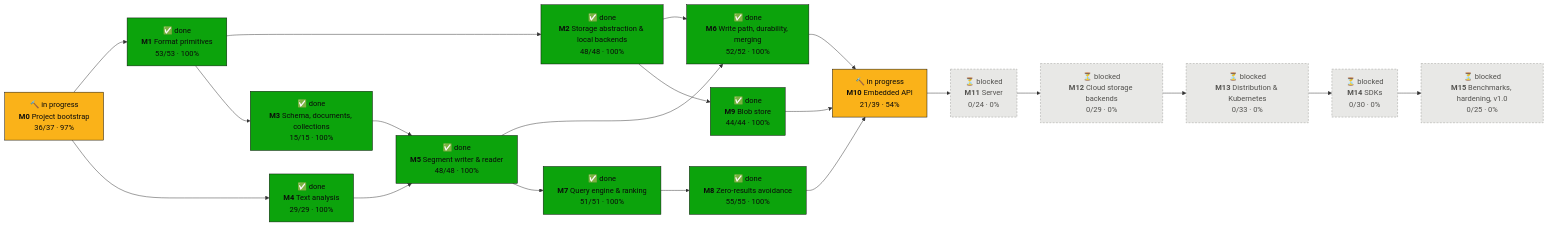
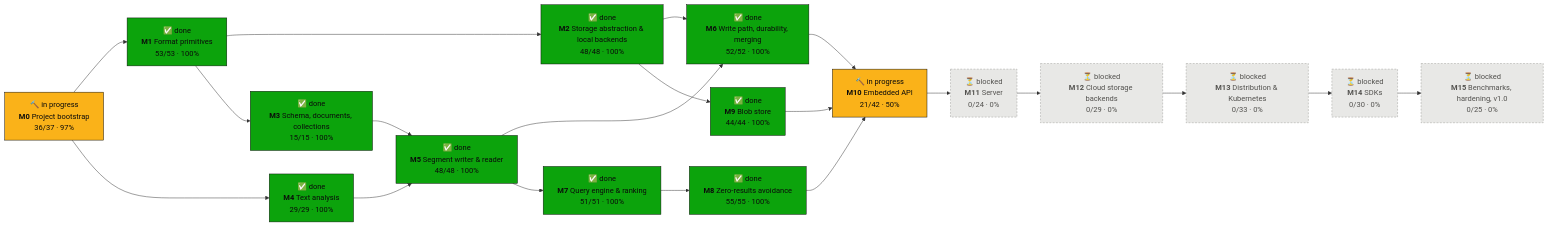
One commit to tomiok/persiaDB changed the first of 2 diagrams in PROGRESS.md. Above: the diagram before and after it, drawn with Mermaid. The commit also changed other lines of this file and 21 other files, not shown here.

````diff
--- a/PROGRESS.md
+++ b/PROGRESS.md
@@ -16,42 +16,42 @@
 ```mermaid
 flowchart LR
   M0["🔨 in progress<br/><b>M0</b> Project bootstrap<br/>36/37 · 97%"]:::doing
   M1["✅ done<br/><b>M1</b> Format primitives<br/>53/53 · 100%"]:::done
   M2["✅ done<br/><b>M2</b> Storage abstraction & local backends<br/>48/48 · 100%"]:::done
   M3["✅ done<br/><b>M3</b> Schema, documents, collections<br/>15/15 · 100%"]:::done
   M4["✅ done<br/><b>M4</b> Text analysis<br/>29/29 · 100%"]:::done
   M5["✅ done<br/><b>M5</b> Segment writer & reader<br/>48/48 · 100%"]:::done
   M6["✅ done<br/><b>M6</b> Write path, durability, merging<br/>52/52 · 100%"]:::done
   M7["✅ done<br/><b>M7</b> Query engine & ranking<br/>51/51 · 100%"]:::done
   M8["✅ done<br/><b>M8</b> Zero-results avoidance<br/>55/55 · 100%"]:::done
   M9["✅ done<br/><b>M9</b> Blob store<br/>44/44 · 100%"]:::done
-  M10["🔨 in progress<br/><b>M10</b> Embedded API<br/>21/39 · 54%"]:::doing
+  M10["🔨 in progress<br/><b>M10</b> Embedded API<br/>21/42 · 50%"]:::doing
   M11["⏳ blocked<br/><b>M11</b> Server<br/>0/24 · 0%"]:::blocked
   M12["⏳ blocked<br/><b>M12</b> Cloud storage backends<br/>0/29 · 0%"]:::blocked
   M13["⏳ blocked<br/><b>M13</b> Distribution & Kubernetes<br/>0/33 · 0%"]:::blocked
   M14["⏳ blocked<br/><b>M14</b> SDKs<br/>0/30 · 0%"]:::blocked
   M15["⏳ blocked<br/><b>M15</b> Benchmarks, hardening, v1.0<br/>0/25 · 0%"]:::blocked
   M0 --> M1
   M1 --> M2
   M1 --> M3
   M0 --> M4
   M3 --> M5
   M4 --> M5
   M2 --> M6
   M5 --> M6
   M5 --> M7
   M7 --> M8
   M2 --> M9
   M6 --> M10
   M8 --> M10
   M9 --> M10
   M10 --> M11
   M11 --> M12
   M12 --> M13
   M13 --> M14
   M14 --> M15
   classDef done fill:#0ca30c,stroke:#0b0b0b,color:#0b0b0b
   classDef doing fill:#fab219,stroke:#0b0b0b,color:#0b0b0b
   classDef ready fill:#fcfcfb,stroke:#0b0b0b,stroke-width:2px,color:#0b0b0b
   classDef blocked fill:#e8e8e6,stroke:#9a9a96,stroke-dasharray:4 3,color:#52514e
 ```
````
